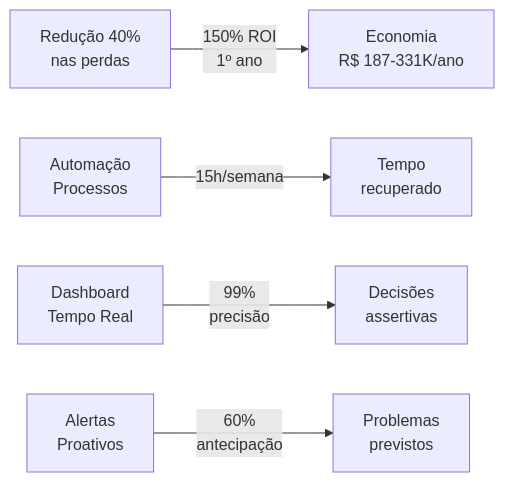
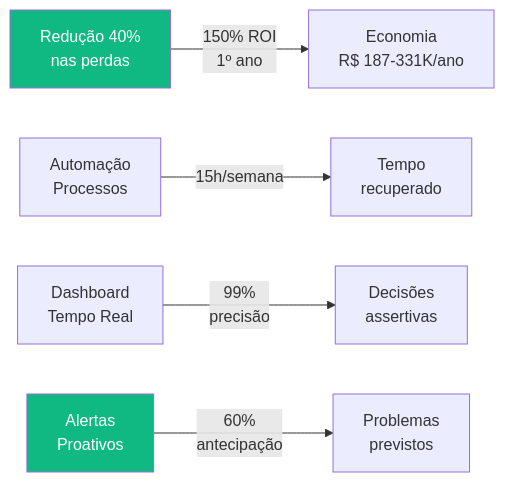
The third of 11 diagrams in documentation/docs/estrategia/project-model-canvas.mdx (matheusmendes720/workconnect-tcc), drawn with Mermaid before and after one commit. The commit also changed other lines of this file and 16 other files, not shown here.

````diff
--- a/documentation/docs/estrategia/project-model-canvas.mdx
+++ b/documentation/docs/estrategia/project-model-canvas.mdx
@@ -89,7 +124,10 @@
 ```mermaid
 flowchart LR
-    B1[Redução 40%<br/>nas perdas] -->|"150% ROI<br/>1º ano"| R1[Economia<br/>R$ 187-331K/ano]
-    B2[Automação<br/>Processos] -->|"15h/semana"| R2[Tempo<br/>recuperado]
-    B3[Dashboard<br/>Tempo Real] -->|"99%<br/>precisão"| R3[Decisões<br/>assertivas]
-    B4[Alertas<br/>Proativos] -->|"60%<br/>antecipação"| R4[Problemas<br/>previstos]
+    B1[Redução 40%<br/>nas perdas] -->|150% ROI<br/>1º ano| R1[Economia<br/>R$ 187-331K/ano]
+    B2[Automação<br/>Processos] -->|15h/semana| R2[Tempo<br/>recuperado]
+    B3[Dashboard<br/>Tempo Real] -->|99%<br/>precisão| R3[Decisões<br/>assertivas]
+    B4[Alertas<br/>Proativos] -->|60%<br/>antecipação| R4[Problemas<br/>previstos]
+
+    style B1 fill:#10b981,color:#fff
+    style B4 fill:#10b981,color:#fff
 ```
````
